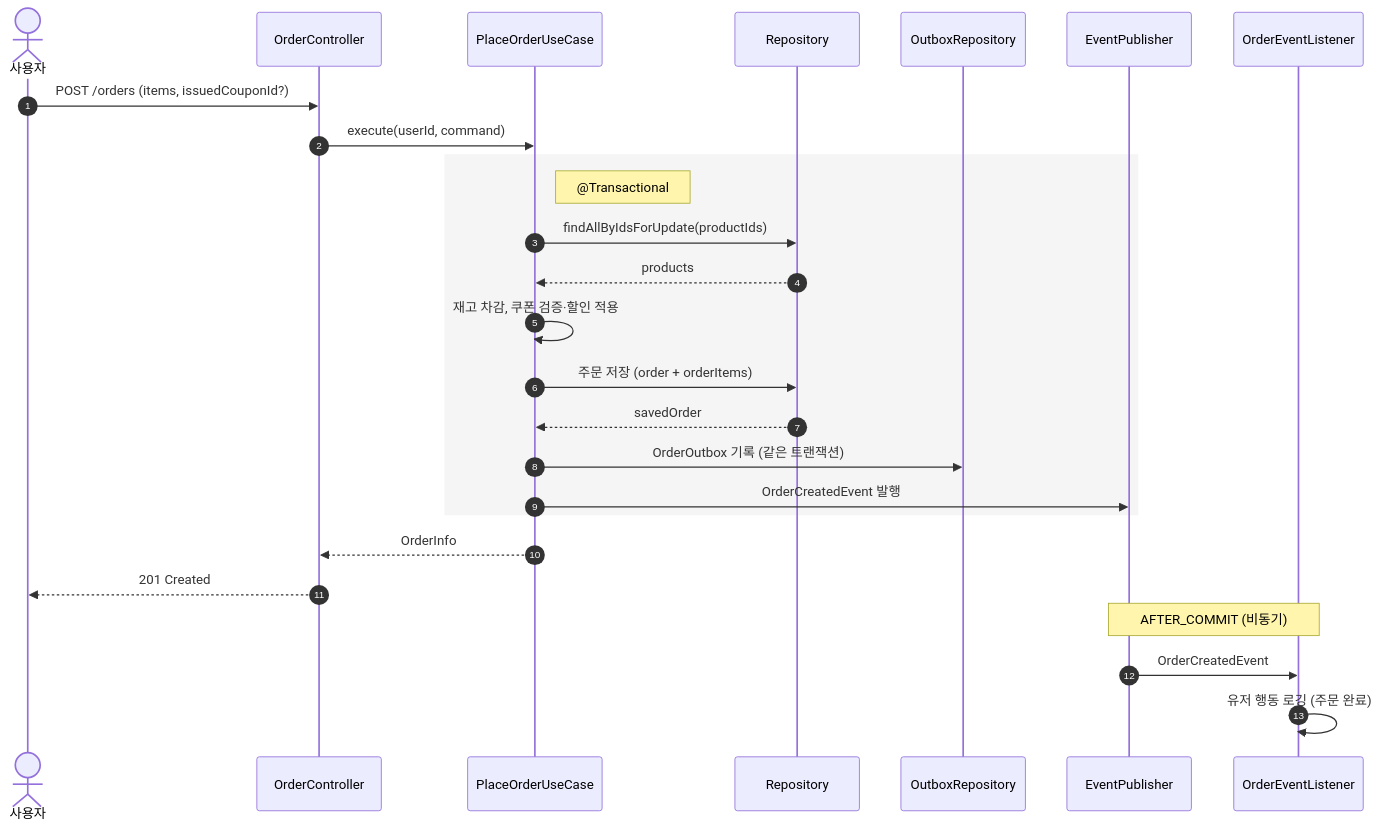
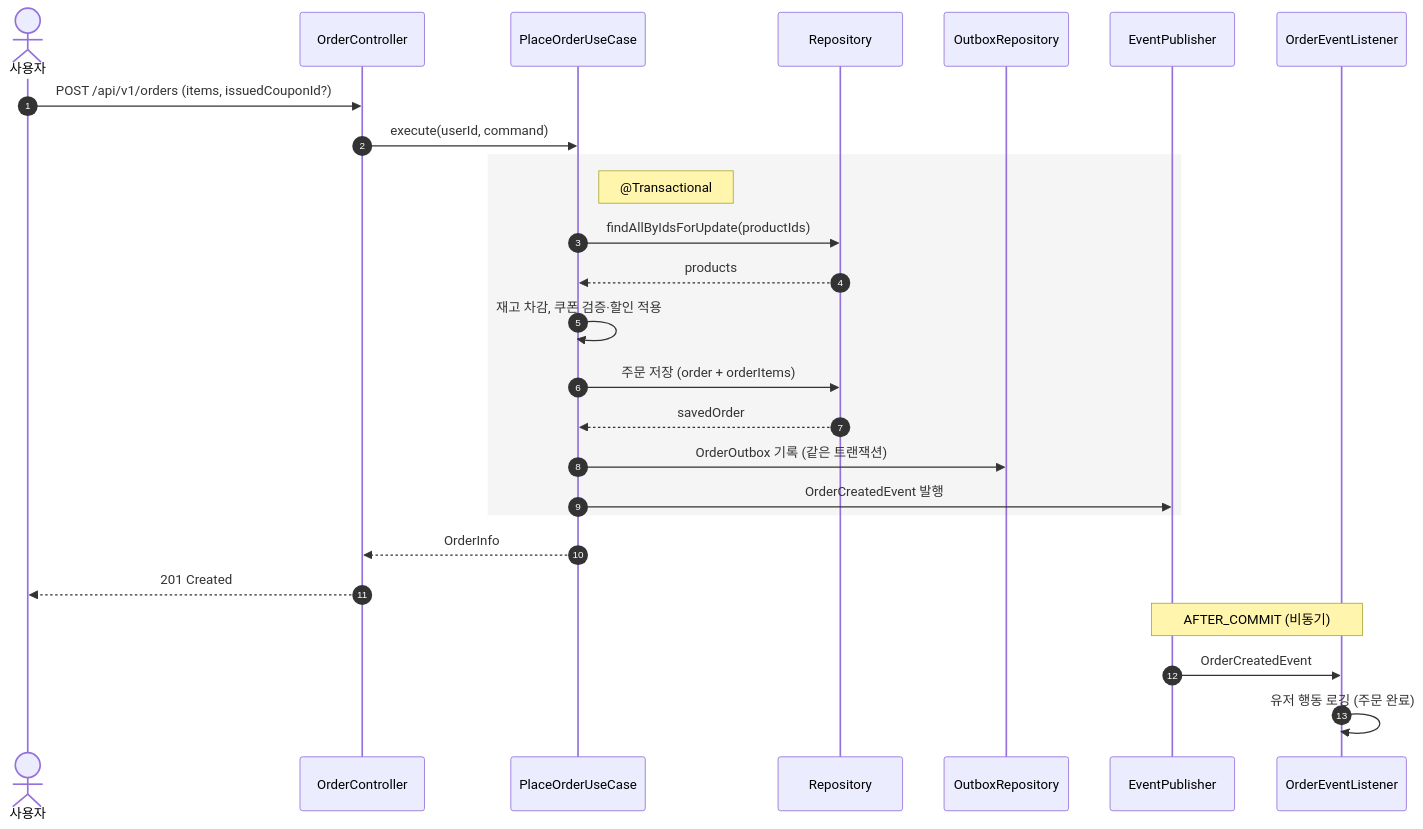
One commit to Loopers-dev-lab/loop-pack-be-l2-vol3-kotlin changed diagram 36 of 44 in docs/design/02-sequence-diagrams.md. Above: the diagram before and after it, drawn with Mermaid. The commit also changed other lines of this file and 14 other files, not shown here.

````diff
--- a/docs/design/02-sequence-diagrams.md
+++ b/docs/design/02-sequence-diagrams.md
@@ -1204,32 +1204,32 @@
 ```mermaid
 sequenceDiagram
     autonumber
     actor User as 사용자
     participant C as OrderController
     participant UC as PlaceOrderUseCase
     participant R as Repository
     participant OR as OutboxRepository
     participant EP as EventPublisher
     participant EL as OrderEventListener
 
-    User ->> C: POST /orders (items, issuedCouponId?)
+    User ->> C: POST /api/v1/orders (items, issuedCouponId?)
     C ->> UC: execute(userId, command)
 
     rect rgb(245, 245, 245)
         Note right of UC: @Transactional
         UC ->> R: findAllByIdsForUpdate(productIds)
         R -->> UC: products
         UC ->> UC: 재고 차감, 쿠폰 검증·할인 적용
         UC ->> R: 주문 저장 (order + orderItems)
         R -->> UC: savedOrder
         UC ->> OR: OrderOutbox 기록 (같은 트랜잭션)
         UC ->> EP: OrderCreatedEvent 발행
     end
 
     UC -->> C: OrderInfo
     C -->> User: 201 Created
 
     Note over EP, EL: AFTER_COMMIT (비동기)
     EP ->> EL: OrderCreatedEvent
     EL ->> EL: 유저 행동 로깅 (주문 완료)
 ```
````
